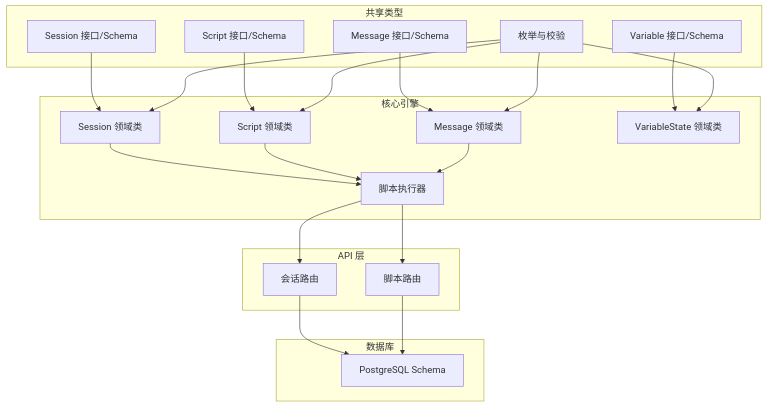
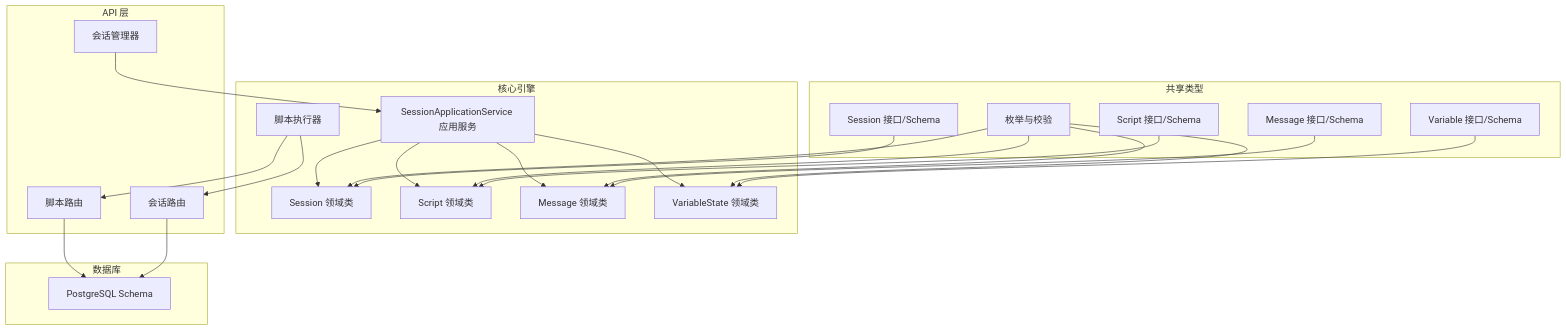
One commit to EverettCamus/HeartRule-Qoder changed the first of 9 diagrams in .qoder/repowiki/zh/content/领域模型/领域模型.md. Above: the diagram before and after it, drawn with Mermaid. The commit also changed other lines of this file and 31 other files, not shown here.

````diff
--- a/.qoder/repowiki/zh/content/领域模型/领域模型.md
+++ b/.qoder/repowiki/zh/content/领域模型/领域模型.md
@@ -43,39 +57,43 @@
 ```mermaid
 graph TB
 subgraph "共享类型"
 ST_Session["Session 接口/Schema"]
 ST_Script["Script 接口/Schema"]
 ST_Message["Message 接口/Schema"]
 ST_Variable["Variable 接口/Schema"]
 Enums["枚举与校验"]
 end
 subgraph "核心引擎"
 Domain_Session["Session 领域类"]
 Domain_Script["Script 领域类"]
 Domain_Message["Message 领域类"]
 Domain_Variable["VariableState 领域类"]
+App_Service["SessionApplicationService 应用服务"]
 Engine_Executor["脚本执行器"]
 end
 subgraph "API 层"
 Route_Sessions["会话路由"]
 Route_Scripts["脚本路由"]
+Session_Manager["会话管理器"]
 end
 subgraph "数据库"
 DB_Schema["PostgreSQL Schema"]
 end
 ST_Session --> Domain_Session
 ST_Script --> Domain_Script
 ST_Message --> Domain_Message
 ST_Variable --> Domain_Variable
 Enums --> Domain_Session
 Enums --> Domain_Script
 Enums --> Domain_Message
 Enums --> Domain_Variable
-Domain_Session --> Engine_Executor
-Domain_Script --> Engine_Executor
-Domain_Message --> Engine_Executor
+App_Service --> Domain_Session
+App_Service --> Domain_Script
+App_Service --> Domain_Message
+App_Service --> Domain_Variable
 Engine_Executor --> Route_Sessions
 Engine_Executor --> Route_Scripts
+Session_Manager --> App_Service
 Route_Sessions --> DB_Schema
 Route_Scripts --> DB_Schema
 ```
````
